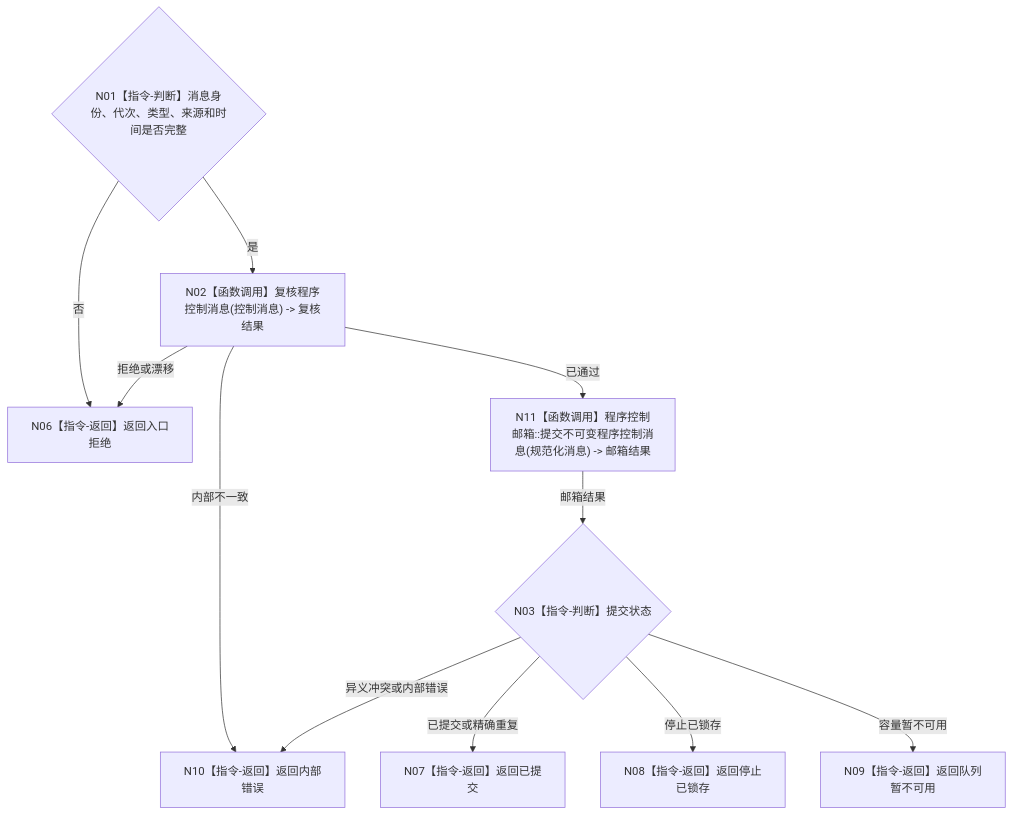
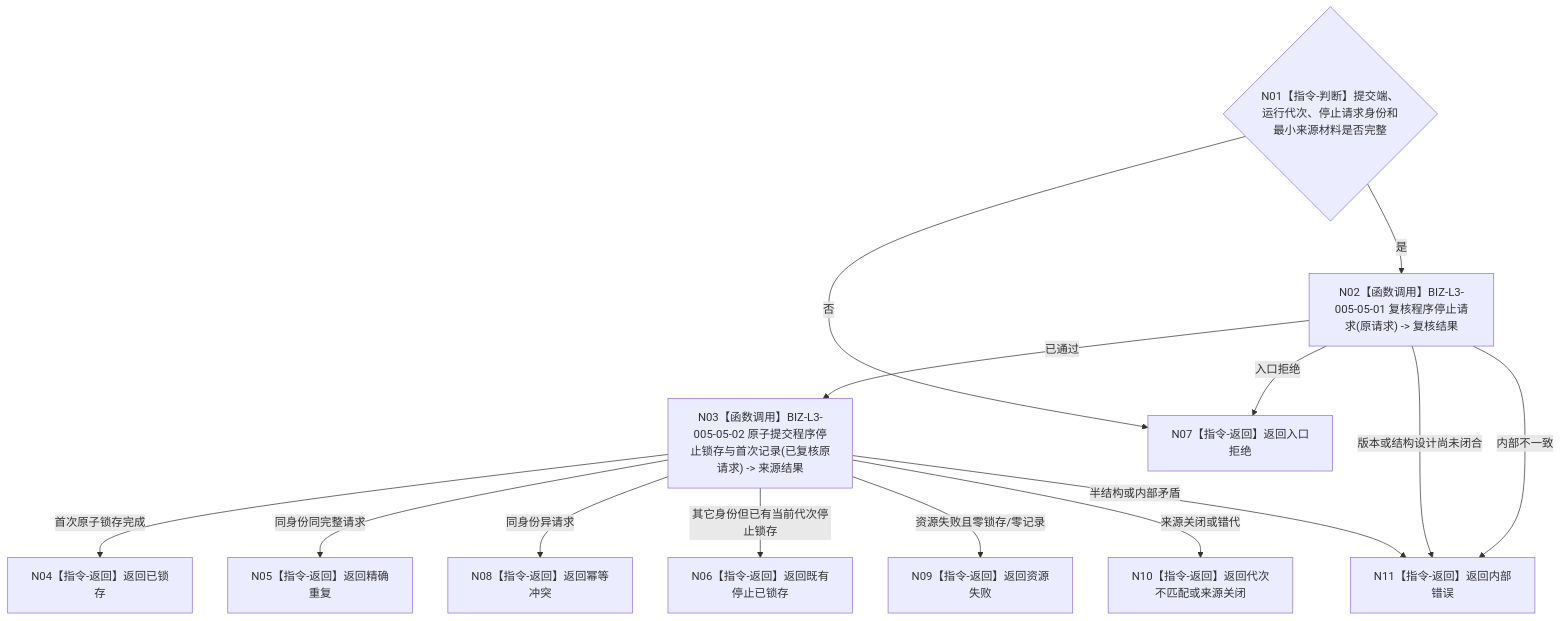
The diagram in 流程图/目标业务流程图/L2/BIZ-L2-005-05_提交程序控制消息_目标函数流程图_v0.2.md (chunhaizh-cyber/HY-Ego), drawn with Mermaid before and after one commit. The commit also changed other lines of this file and 14 other files, not shown here.

````diff
--- a/流程图/目标业务流程图/L2/BIZ-L2-005-05_提交程序控制消息_目标函数流程图_v0.2.md
+++ b/流程图/目标业务流程图/L2/BIZ-L2-005-05_提交程序控制消息_目标函数流程图_v0.2.md
@@ -30,13 +37,28 @@
 ```mermaid
 flowchart TD
-    N01{"N01【指令-判断】消息身份、代次、类型、来源和时间是否完整"} -->|否| N06["N06【指令-返回】返回入口拒绝"]
-    N01 -->|是| N02["N02【函数调用】复核程序控制消息(控制消息) -> 复核结果"]
-    N02 -->|拒绝或漂移| N06
-    N02 -->|内部不一致| N10["N10【指令-返回】返回内部错误"]
-    N02 -->|已通过| N11["N11【函数调用】程序控制邮箱::提交不可变程序控制消息(规范化消息) -> 邮箱结果"]
-    N11 -->|邮箱结果| N03{"N03【指令-判断】提交状态"}
-    N03 -->|已提交或精确重复| N07["N07【指令-返回】返回已提交"]
-    N03 -->|停止已锁存| N08["N08【指令-返回】返回停止已锁存"]
-    N03 -->|容量暂不可用| N09["N09【指令-返回】返回队列暂不可用"]
-    N03 -->|异义冲突或内部错误| N10
+    N01{"N01【指令-判断】提交端、运行代次、停止请求身份和最小来源材料是否完整"}
+    N02["N02【函数调用】BIZ-L3-005-05-01 复核程序停止请求(原请求) -> 复核结果"]
+    N03["N03【函数调用】BIZ-L3-005-05-02 原子提交程序停止锁存与首次记录(已复核原请求) -> 来源结果"]
+    N04["N04【指令-返回】返回已锁存"]
+    N05["N05【指令-返回】返回精确重复"]
+    N06["N06【指令-返回】返回既有停止已锁存"]
+    N07["N07【指令-返回】返回入口拒绝"]
+    N08["N08【指令-返回】返回幂等冲突"]
+    N09["N09【指令-返回】返回资源失败"]
+    N10["N10【指令-返回】返回代次不匹配或来源关闭"]
+    N11["N11【指令-返回】返回内部错误"]
+
+    N01 -->|否| N07
+    N01 -->|是| N02
+    N02 -->|已通过| N03
+    N02 -->|入口拒绝| N07
+    N02 -->|版本或结构设计尚未闭合| N11
+    N02 -->|内部不一致| N11
+    N03 -->|首次原子锁存完成| N04
+    N03 -->|同身份同完整请求| N05
+    N03 -->|同身份异请求| N08
+    N03 -->|其它身份但已有当前代次停止锁存| N06
+    N03 -->|资源失败且零锁存/零记录| N09
+    N03 -->|来源关闭或错代| N10
+    N03 -->|半结构或内部矛盾| N11
 ```
````
